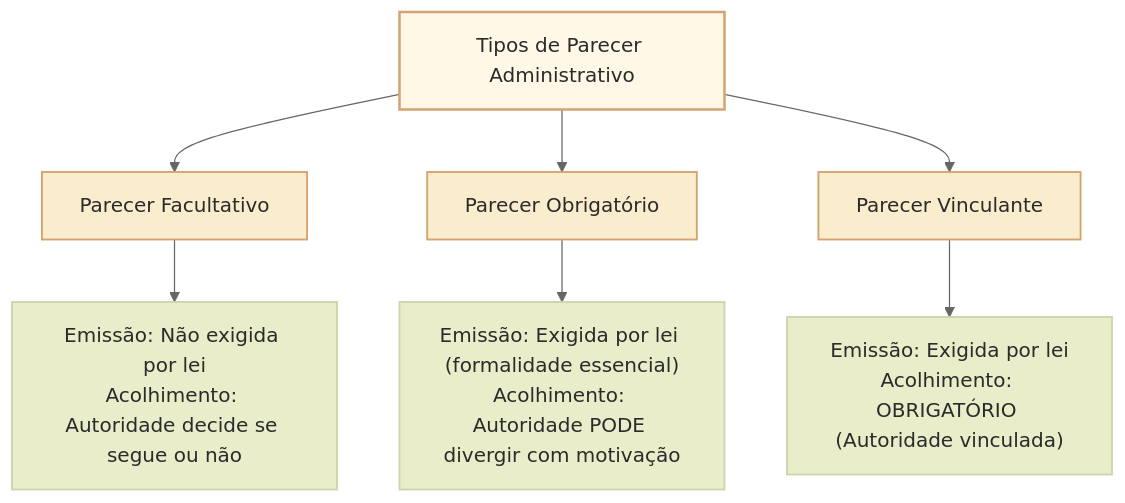
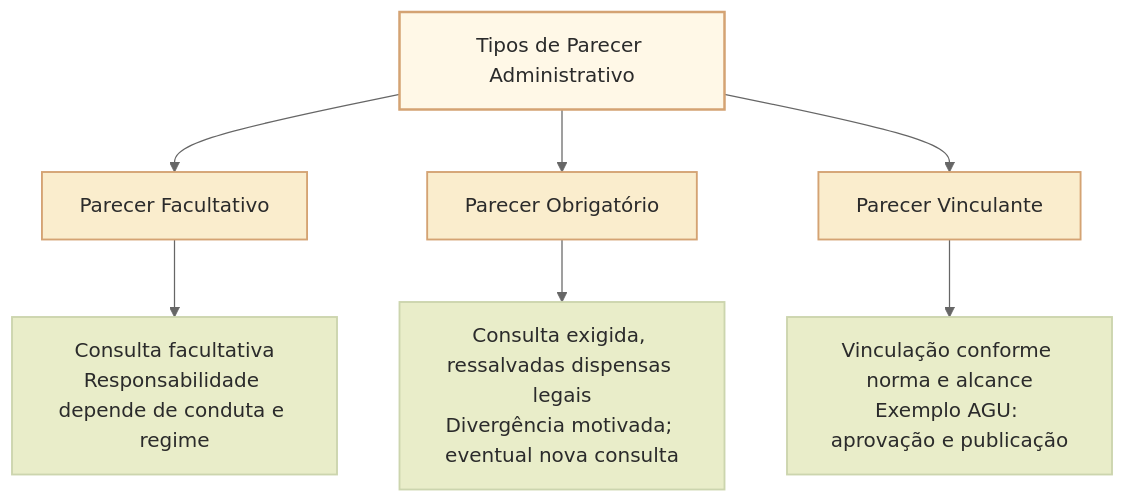
The first of 2 diagrams in 3 - Materias/Direito Administrativo/18 - parecer administrativo natureza tipos e responsabilidade do parecerista.md (leorruas/concursos), drawn with Mermaid (neutral theme) before and after one commit. The commit also changed other lines of this file, not shown here.

Commit message:
fix(DA18): harmonizar diagramas e bibliografia com regras corrigidas

````diff
--- a/3 - Materias/Direito Administrativo/18 - parecer administrativo natureza tipos e responsabilidade do parecerista.md
+++ b/3 - Materias/Direito Administrativo/18 - parecer administrativo natureza tipos e responsabilidade do parecerista.md
@@ -17,16 +17,16 @@
 ```mermaid
 flowchart TD
     classDef raiz fill:#fff8e7,stroke:#d4a373,stroke-width:2px,color:#2b2b2b;
     classDef tipo fill:#faedcd,stroke:#d4a373,stroke-width:1.5px,color:#2b2b2b;
     classDef efeito fill:#e9edc9,stroke:#ccd5ae,stroke-width:1.5px,color:#2b2b2b;
 
     A["Tipos de Parecer Administrativo"]:::raiz
 
     A --> B["Parecer Facultativo"]:::tipo
     A --> C["Parecer Obrigatório"]:::tipo
     A --> D["Parecer Vinculante"]:::tipo
 
-    B --> B1["Emissão: Não exigida por lei<br/>Acolhimento: Autoridade decide se segue ou não"]:::efeito
-    C --> C1["Emissão: Exigida por lei (formalidade essencial)<br/>Acolhimento: Autoridade PODE divergir com motivação"]:::efeito
-    D --> D1["Emissão: Exigida por lei<br/>Acolhimento: OBRIGATÓRIO (Autoridade vinculada)"]:::efeito
+    B --> B1["Consulta facultativa<br/>Responsabilidade depende de conduta e regime"]:::efeito
+    C --> C1["Consulta exigida, ressalvadas dispensas legais<br/>Divergência motivada; eventual nova consulta"]:::efeito
+    D --> D1["Vinculação conforme norma e alcance<br/>Exemplo AGU: aprovação e publicação"]:::efeito
 ```
````
